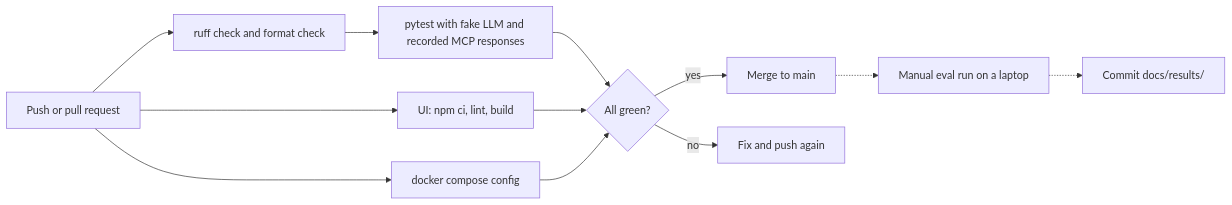
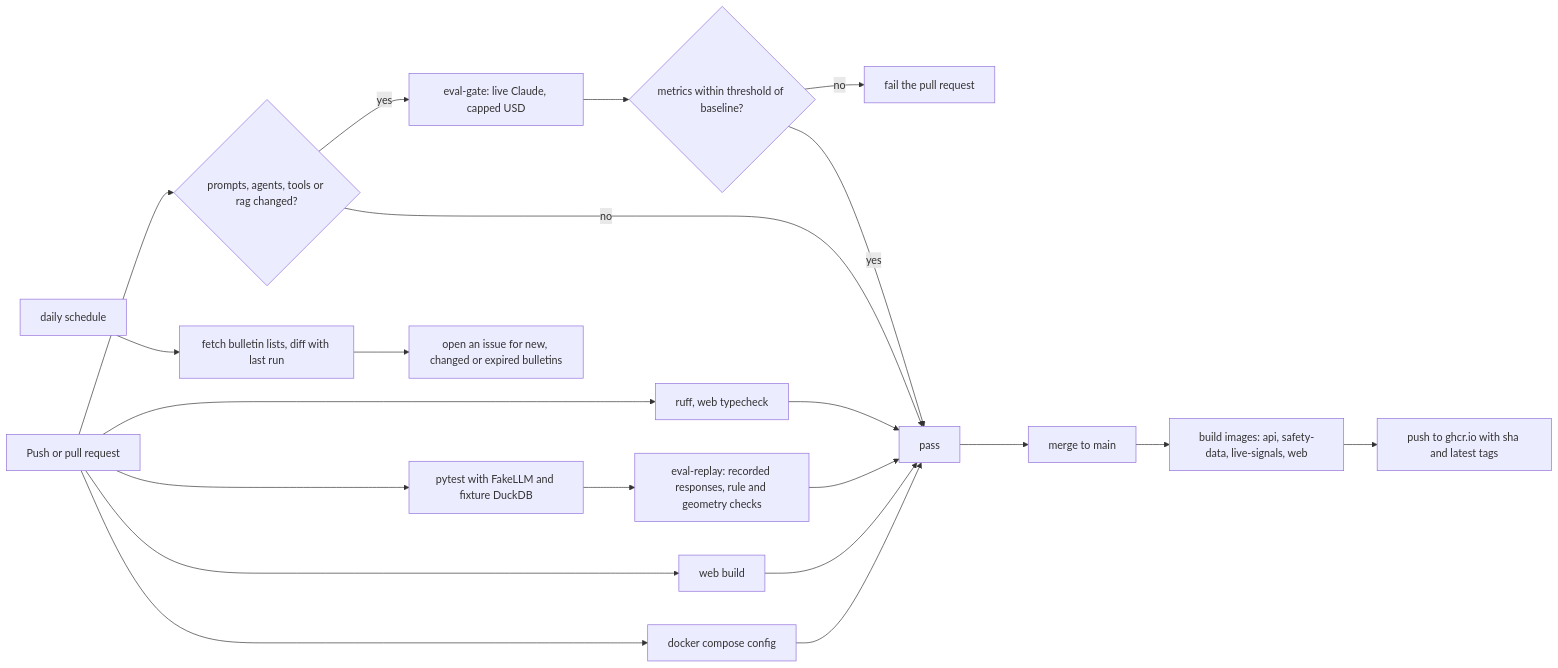
The ninth of 10 diagrams in INFO.md (striderzz/SafeFlight-AgentOps), drawn with Mermaid before and after one commit. The commit also changed other lines of this file and 3 other files, not shown here.

Commit message:
Redesign as SafeFlight AgentOps: CrewAI + Claude airline-safety agents (design docs, build plan, interview prep)

````diff
--- a/INFO.md
+++ b/INFO.md
@@ -355,14 +479,23 @@
 ```mermaid
 flowchart LR
-    PUSH["Push or pull request"] --> LINT["ruff check and format check"]
-    LINT --> TEST["pytest with fake LLM and recorded MCP responses"]
-    PUSH --> UIB["UI: npm ci, lint, build"]
-    PUSH --> CMP["docker compose config"]
-    TEST --> GATE{"All green?"}
-    UIB --> GATE
-    CMP --> GATE
-    GATE -->|yes| MERGE["Merge to main"]
-    GATE -->|no| FIX["Fix and push again"]
-    MERGE -.-> EVAL["Manual eval run on a laptop"]
-    EVAL -.-> RES["Commit docs/results/"]
+    PR["Push or pull request"] --> LINT["ruff, web typecheck"]
+    PR --> TEST["pytest with FakeLLM and fixture DuckDB"]
+    PR --> WB["web build"]
+    PR --> CFG["docker compose config"]
+    TEST --> REPLAY["eval-replay: recorded responses, rule and geometry checks"]
+    PR --> PF{"prompts, agents, tools or rag changed?"}
+    PF -->|yes| GATE["eval-gate: live Claude, capped USD"]
+    GATE --> CMP{"metrics within threshold of baseline?"}
+    CMP -->|no| BLOCK["fail the pull request"]
+    CMP -->|yes| OK["pass"]
+    PF -->|no| OK
+    LINT --> OK
+    REPLAY --> OK
+    WB --> OK
+    CFG --> OK
+    OK --> MERGE["merge to main"]
+    MERGE --> BUILD["build images: api, safety-data, live-signals, web"]
+    BUILD --> PUSH["push to ghcr.io with sha and latest tags"]
+    CRON["daily schedule"] --> BCHK["fetch bulletin lists, diff with last run"]
+    BCHK --> ISSUE["open an issue for new, changed or expired bulletins"]
 ```
````
